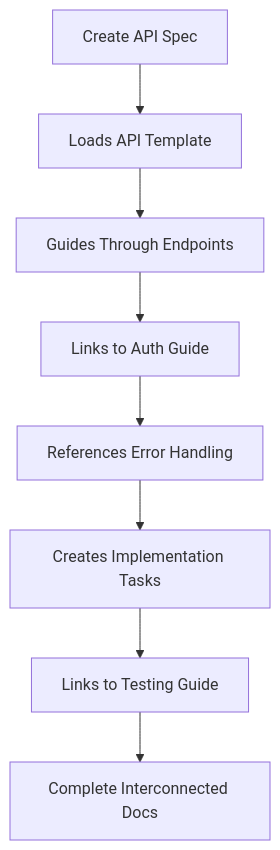
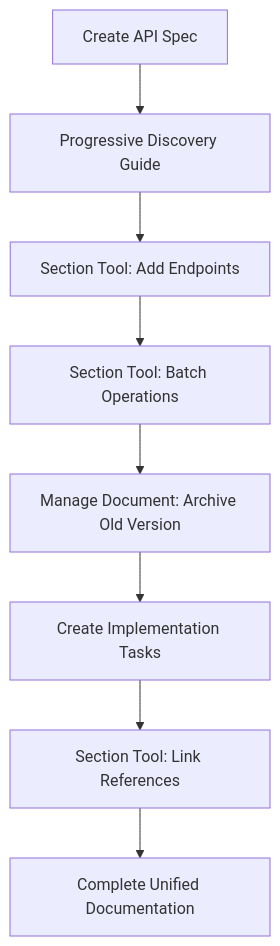
Before and after one commit to Blakeem/AI-Prompt-Guide-MCP: the diagram in README.md, drawn with Mermaid. The commit also changed other lines of this file and 11 other files, not shown here.

Commit message:
rename edit tool and added features, updated tests, created manage document to handle non-document create features

````diff
--- a/README.md
+++ b/README.md
@@ -82,10 +94,10 @@
 ```mermaid
 graph TD
-    A[Create API Spec] --> B[Loads API Template]
-    B --> C[Guides Through Endpoints]
-    C --> D[Links to Auth Guide]
-    D --> E[References Error Handling]
-    E --> F[Creates Implementation Tasks]
-    F --> G[Links to Testing Guide]
-    G --> H[Complete Interconnected Docs]
+    A[Create API Spec] --> B[Progressive Discovery Guide]
+    B --> C[Section Tool: Add Endpoints]
+    C --> D[Section Tool: Batch Operations]
+    D --> E[Manage Document: Archive Old Version]
+    E --> F[Create Implementation Tasks]
+    F --> G[Section Tool: Link References]
+    G --> H[Complete Unified Documentation]
 ```
````
